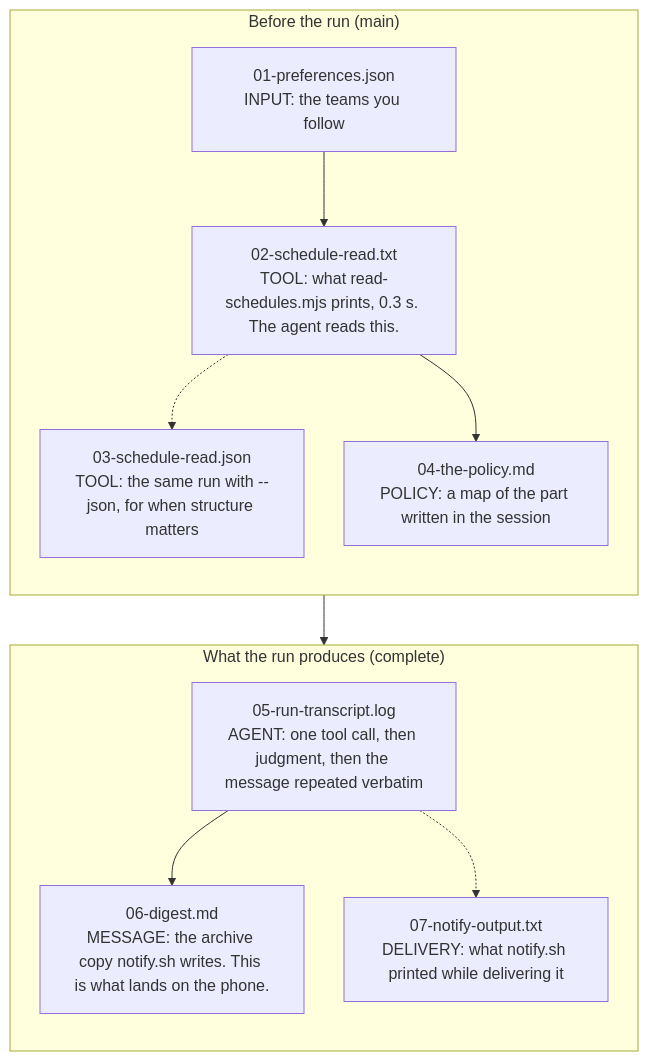
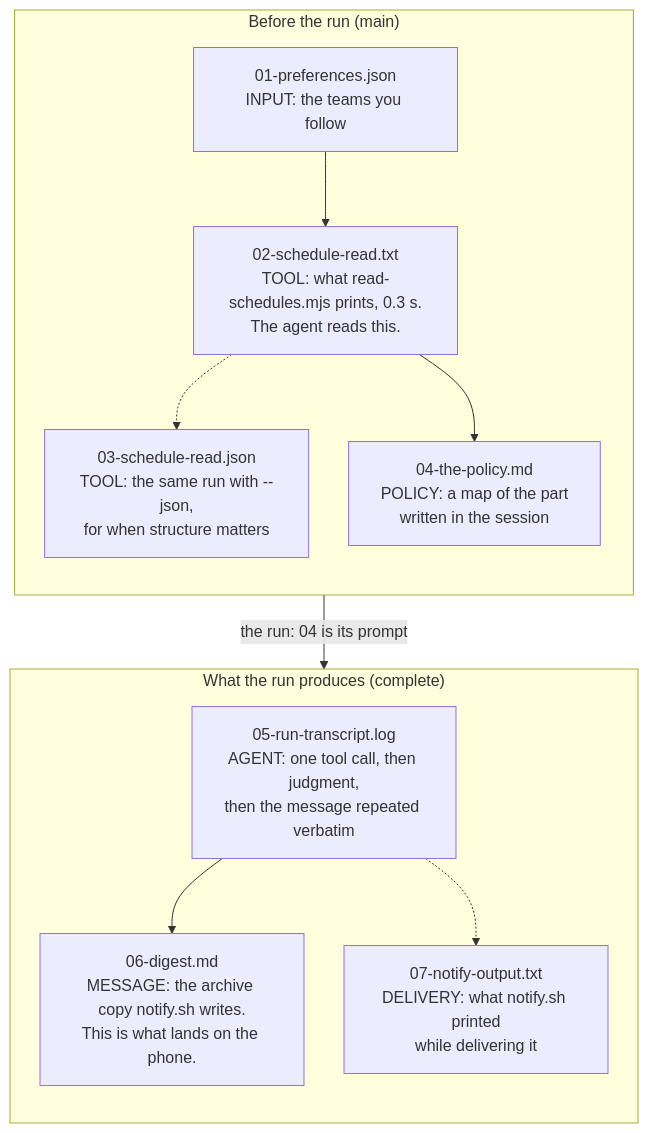
The diagram in examples/README.md (ismayc/never-miss-a-game), drawn with Mermaid before and after one commit. The commit also changed 2 other files, not shown here.

Commit message:
The form is two tabs; the examples diagram's arrow no longer crosses a title
Step 1 (your preferences) and step 2 (read the week) are tabs now, one on
screen at a time, with Next and Back buttons and #step2 in the URL opening
on the read. The Step 2 tab shows a Following badge once a file and the
read are both in, so the check is visible without switching.

examples/README.md: the arrow from 04 into the second subgraph passed
through its title. It now runs box to box, ending at the border, and the
long labels wrap.

Claude-Session: https://claude.ai/code/session_01KXwVv4DW1keYW9StSa6gZB

````diff
--- a/examples/README.md
+++ b/examples/README.md
@@ -13,18 +13,18 @@
 ```mermaid
 %%{init: {"flowchart": {"nodeSpacing": 40, "rankSpacing": 50, "padding": 16}}}%%
 flowchart TD
     subgraph have["Before the run (main)"]
         direction TB
         f1["01-preferences.json<br/>INPUT: the teams you follow"] --> f2
-        f2["02-schedule-read.txt<br/>TOOL: what read-schedules.mjs prints, 0.3 s. The agent reads this."]
-        f2 -.-> f3["03-schedule-read.json<br/>TOOL: the same run with --json, for when structure matters"]
-        f2 --> f4["04-the-policy.md<br/>POLICY: a map of the part written in the session"]
+        f2["02-schedule-read.txt<br/>TOOL: what read-schedules.mjs prints, 0.3 s.<br/>The agent reads this."]
+        f2 -.-> f3["03-schedule-read.json<br/>TOOL: the same run with --json,<br/>for when structure matters"]
+        f2 --> f4["04-the-policy.md<br/>POLICY: a map of the part<br/>written in the session"]
     end
     subgraph get["What the run produces (complete)"]
         direction TB
-        f5["05-run-transcript.log<br/>AGENT: one tool call, then judgment, then the message repeated verbatim"]
-        f5 --> f6["06-digest.md<br/>MESSAGE: the archive copy notify.sh writes. This is what lands on the phone."]
-        f5 -.-> f7["07-notify-output.txt<br/>DELIVERY: what notify.sh printed while delivering it"]
+        f5["05-run-transcript.log<br/>AGENT: one tool call, then judgment,<br/>then the message repeated verbatim"]
+        f5 --> f6["06-digest.md<br/>MESSAGE: the archive copy notify.sh writes.<br/>This is what lands on the phone."]
+        f5 -.-> f7["07-notify-output.txt<br/>DELIVERY: what notify.sh printed<br/>while delivering it"]
     end
-    f4 --> f5
+    have -- "the run: 04 is its prompt" --> get
 ```
````
